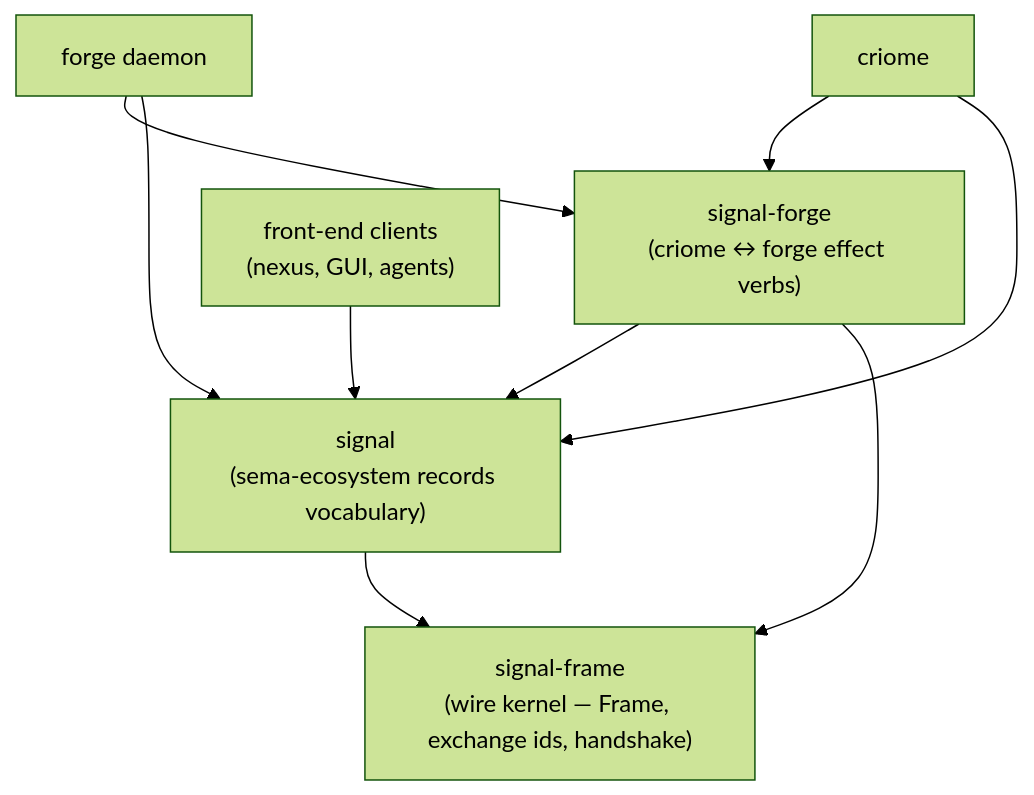
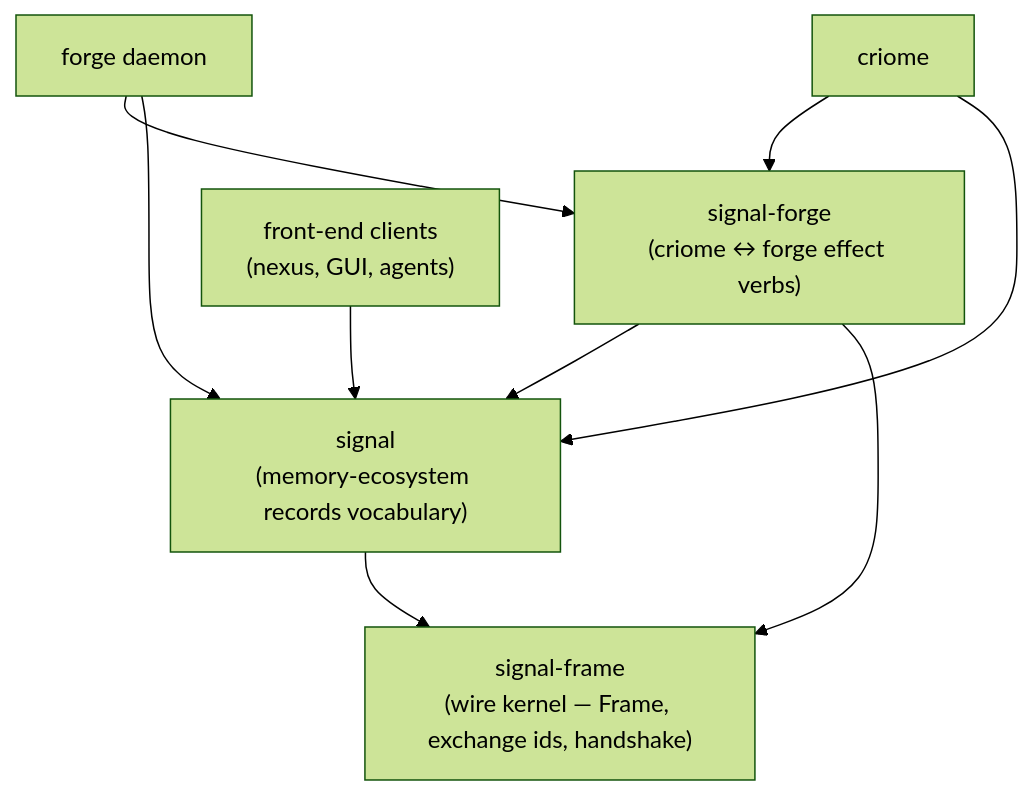
One commit to LiGoldragon/signal-forge changed the diagram in ARCHITECTURE.md. Above: the diagram before and after it, drawn with Mermaid (forest theme). The commit also changed other lines of this file, not shown here.

Commit message:
Rename Sema database consumers to Memory

````diff
--- a/ARCHITECTURE.md
+++ b/ARCHITECTURE.md
@@ -72,20 +72,20 @@
 ```mermaid
 flowchart TB
     frame["signal-frame<br/>(wire kernel — Frame, exchange ids, handshake)"]
-    base["signal<br/>(sema-ecosystem records vocabulary)"]
+    base["signal<br/>(memory-ecosystem records vocabulary)"]
     forge["signal-forge<br/>(criome ↔ forge effect verbs)"]
 
     front["front-end clients<br/>(nexus, GUI, agents)"]
     criome["criome"]
     forged["forge daemon"]
 
     base --> frame
     forge --> frame
     forge --> base
 
     front --> base
     criome --> base
     criome --> forge
     forged --> base
     forged --> forge
 ```
````
